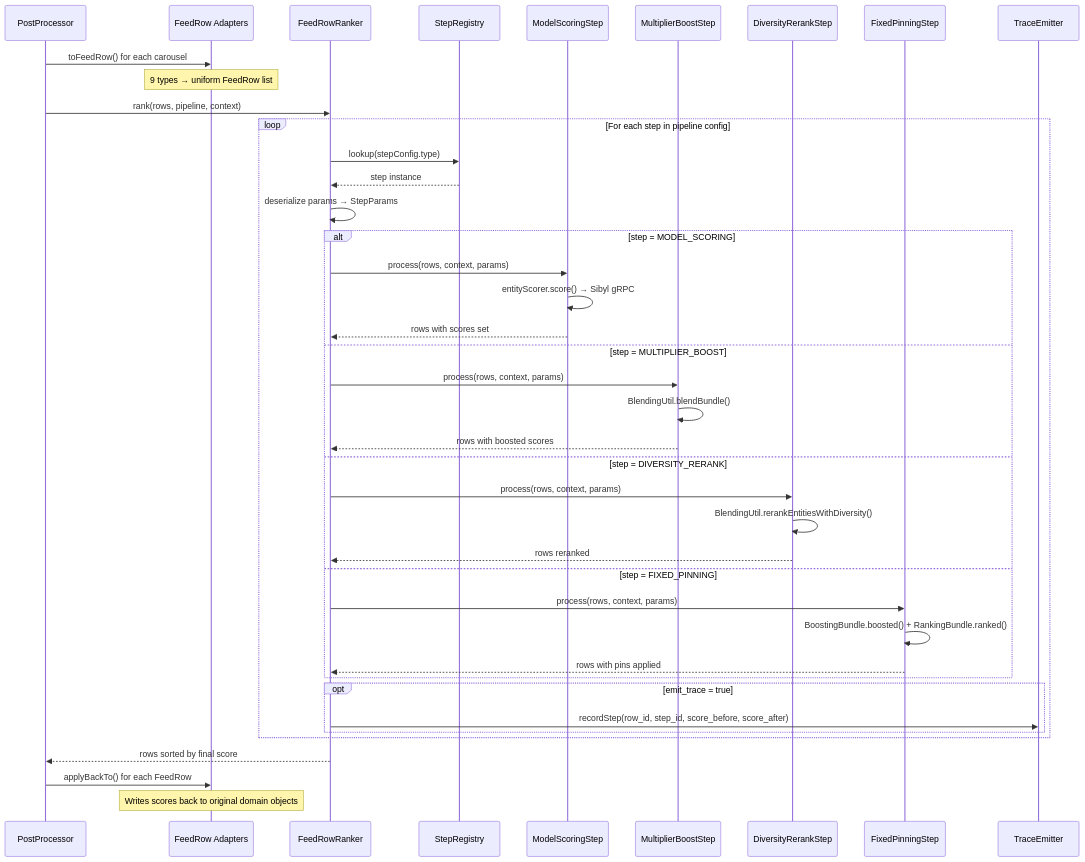
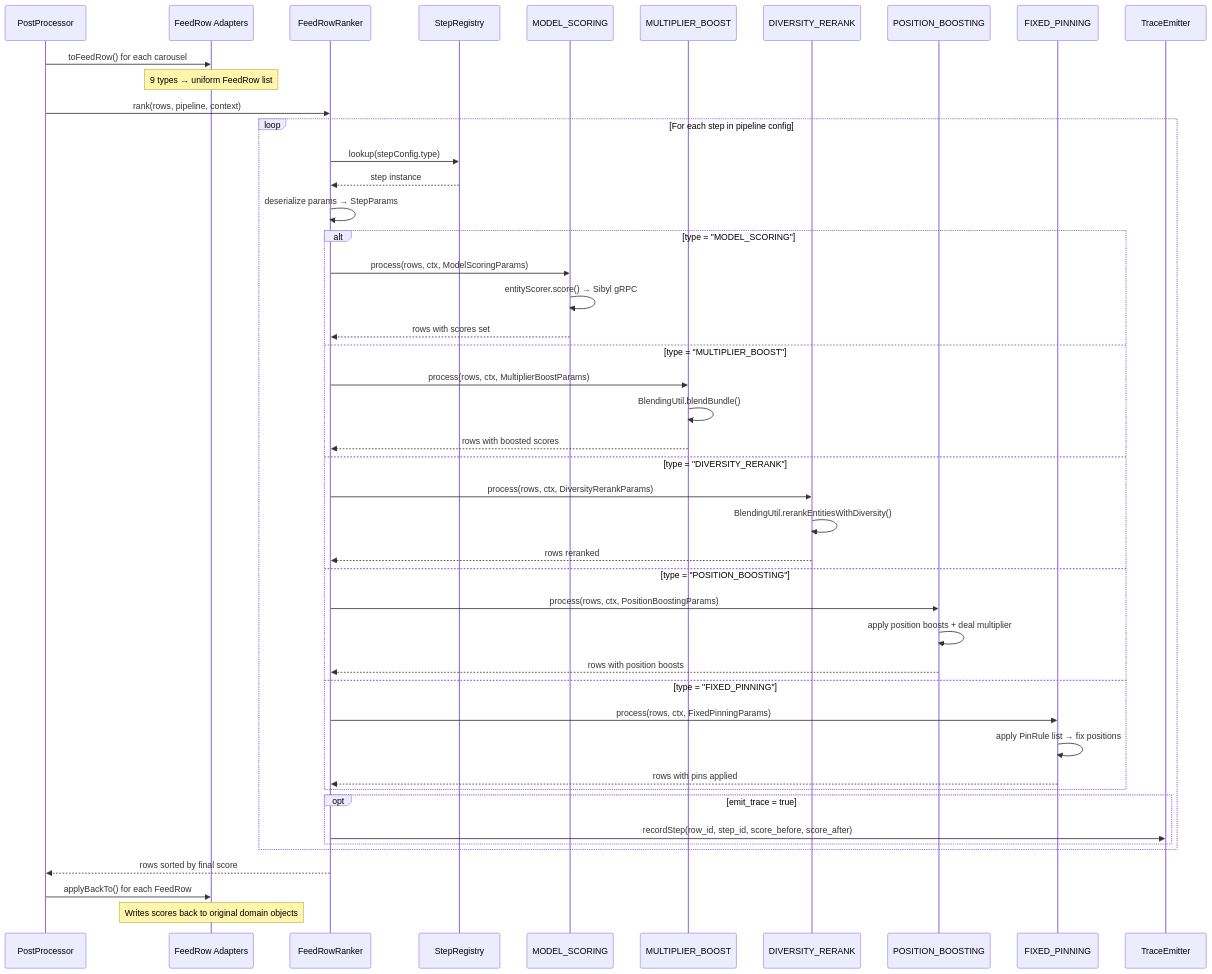
Before and after one commit to daniel-fonyo/dd-brain: the second of 7 diagrams in unified-blending-platform/context/one-pager-diagrams.md, drawn with Mermaid. The commit also changed other lines of this file, not shown here.

First line of the commit message:
Enrich UBP diagrams: real StepParams, StepType, better before/after visuals

````diff
--- a/unified-blending-platform/context/one-pager-diagrams.md
+++ b/unified-blending-platform/context/one-pager-diagrams.md
@@ -137,50 +191,55 @@
 ```mermaid
 sequenceDiagram
     participant PP as PostProcessor
     participant Adapter as FeedRow Adapters
     participant Engine as FeedRowRanker
     participant Registry as StepRegistry
-    participant Score as ModelScoringStep
-    participant Boost as MultiplierBoostStep
-    participant Diversity as DiversityRerankStep
-    participant Pin as FixedPinningStep
+    participant Score as MODEL_SCORING
+    participant Boost as MULTIPLIER_BOOST
+    participant Diversity as DIVERSITY_RERANK
+    participant PosBoost as POSITION_BOOSTING
+    participant Pin as FIXED_PINNING
     participant Trace as TraceEmitter
 
     PP->>Adapter: toFeedRow() for each carousel
     Note over Adapter: 9 types → uniform FeedRow list
 
     PP->>Engine: rank(rows, pipeline, context)
 
     loop For each step in pipeline config
         Engine->>Registry: lookup(stepConfig.type)
         Registry-->>Engine: step instance
         Engine->>Engine: deserialize params → StepParams
 
-        alt step = MODEL_SCORING
-            Engine->>Score: process(rows, context, params)
+        alt type = "MODEL_SCORING"
+            Engine->>Score: process(rows, ctx, ModelScoringParams)
             Score->>Score: entityScorer.score() → Sibyl gRPC
             Score-->>Engine: rows with scores set
-        else step = MULTIPLIER_BOOST
-            Engine->>Boost: process(rows, context, params)
+        else type = "MULTIPLIER_BOOST"
+            Engine->>Boost: process(rows, ctx, MultiplierBoostParams)
             Boost->>Boost: BlendingUtil.blendBundle()
             Boost-->>Engine: rows with boosted scores
-        else step = DIVERSITY_RERANK
-            Engine->>Diversity: process(rows, context, params)
+        else type = "DIVERSITY_RERANK"
+            Engine->>Diversity: process(rows, ctx, DiversityRerankParams)
             Diversity->>Diversity: BlendingUtil.rerankEntitiesWithDiversity()
             Diversity-->>Engine: rows reranked
-        else step = FIXED_PINNING
-            Engine->>Pin: process(rows, context, params)
-            Pin->>Pin: BoostingBundle.boosted() + RankingBundle.ranked()
+        else type = "POSITION_BOOSTING"
+            Engine->>PosBoost: process(rows, ctx, PositionBoostingParams)
+            PosBoost->>PosBoost: apply position boosts + deal multiplier
+            PosBoost-->>Engine: rows with position boosts
+        else type = "FIXED_PINNING"
+            Engine->>Pin: process(rows, ctx, FixedPinningParams)
+            Pin->>Pin: apply PinRule list → fix positions
             Pin-->>Engine: rows with pins applied
         end
 
         opt emit_trace = true
             Engine->>Trace: recordStep(row_id, step_id, score_before, score_after)
         end
     end
 
     Engine-->>PP: rows sorted by final score
 
     PP->>Adapter: applyBackTo() for each FeedRow
     Note over Adapter: Writes scores back to original domain objects
 ```
````
